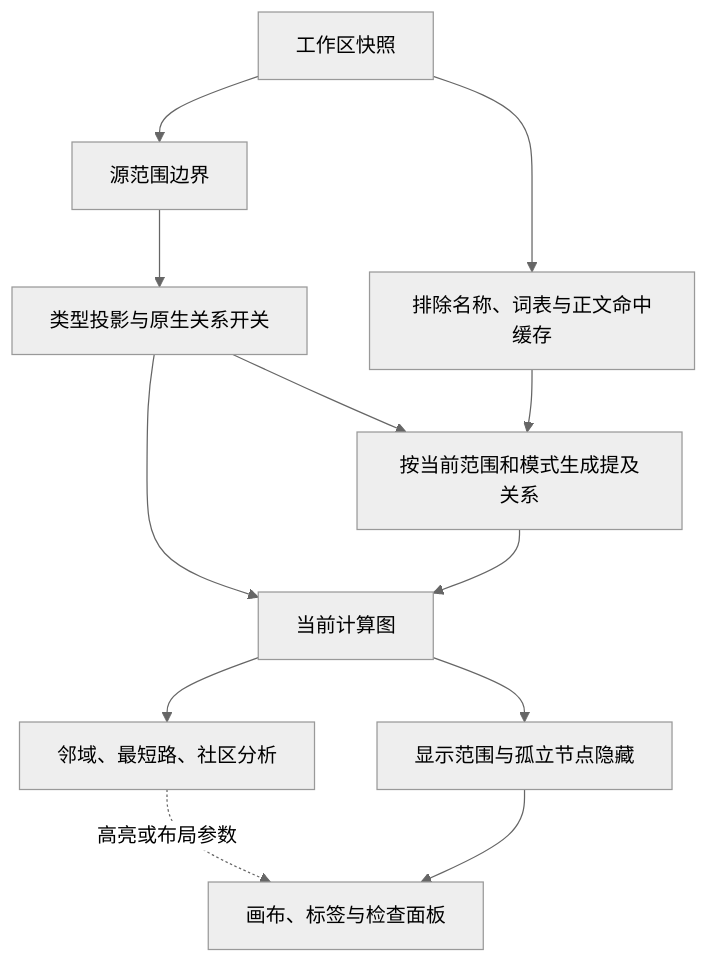
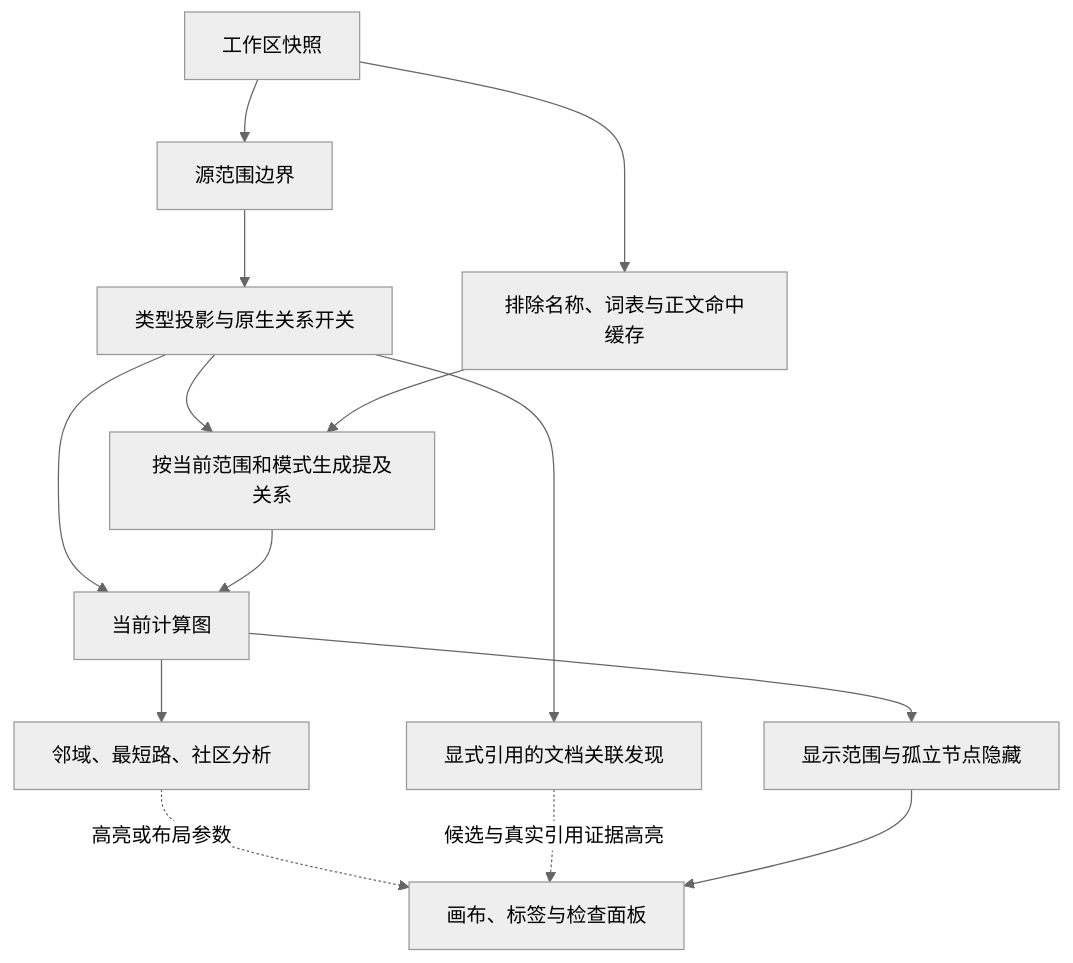
The diagram in docs/filtering-pipeline.md (CherryGS/sy-another-graph), drawn with Mermaid (neutral theme) before and after one commit. The commit also changed other lines of this file and 25 other files, not shown here.

````diff
--- a/docs/filtering-pipeline.md
+++ b/docs/filtering-pipeline.md
@@ -12,14 +12,16 @@
 ```mermaid
 flowchart TD
   S[工作区快照] --> B[源范围边界]
   B --> P[类型投影与原生关系开关]
   S --> M[排除名称、词表与正文命中缓存]
   P --> Q[按当前范围和模式生成提及关系]
   M --> Q
   P --> G[当前计算图]
+  P --> D[显式引用的文档关联发现]
   Q --> G
   G --> A[邻域、最短路、社区分析]
   G --> V[显示范围与孤立节点隐藏]
   A -. 高亮或布局参数 .-> R[画布、标签与检查面板]
+  D -. 候选与真实引用证据高亮 .-> R
   V --> R
 ```
````
